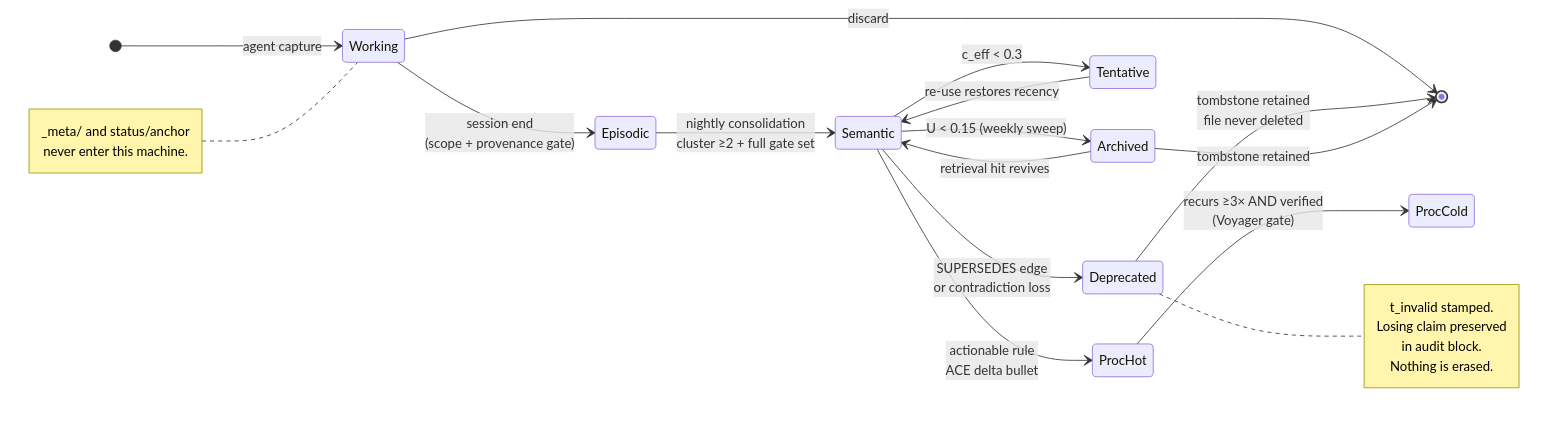
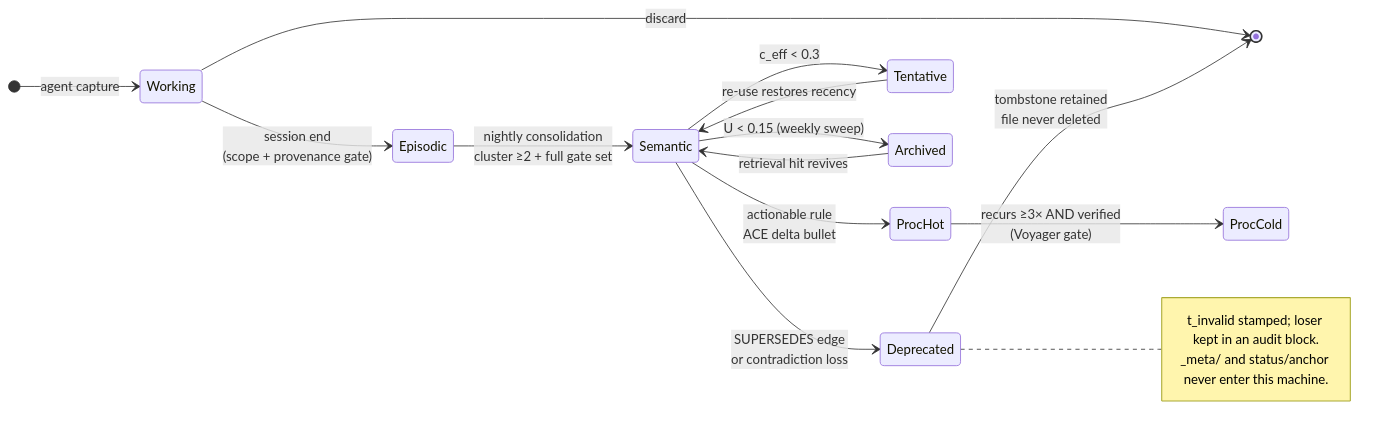
Before and after one commit to zautke/team-kb: the second of 3 diagrams in docs/whitepapers/02-memory-model.md, drawn with Mermaid. The commit also changed other lines of this file and 2 other files, not shown here.

````diff
--- a/docs/whitepapers/02-memory-model.md
+++ b/docs/whitepapers/02-memory-model.md
@@ -377,27 +327,20 @@
 ```mermaid
 stateDiagram-v2
     direction LR
     [*] --> Working: agent capture
     Working --> Episodic: session end<br/>(scope + provenance gate)
     Working --> [*]: discard
     Episodic --> Semantic: nightly consolidation<br/>cluster ≥2 + full gate set
     Semantic --> ProcHot: actionable rule<br/>ACE delta bullet
     ProcHot --> ProcCold: recurs ≥3× AND verified<br/>(Voyager gate)
     Semantic --> Tentative: c_eff < 0.3
     Tentative --> Semantic: re-use restores recency
     Semantic --> Archived: U < 0.15 (weekly sweep)
     Archived --> Semantic: retrieval hit revives
     Semantic --> Deprecated: SUPERSEDES edge<br/>or contradiction loss
     Deprecated --> [*]: tombstone retained<br/>file never deleted
-    Archived --> [*]: tombstone retained
     note right of Deprecated
-        t_invalid stamped.
-        Losing claim preserved
-        in audit block.
-        Nothing is erased.
-    end note
-    note left of Working
-        _meta/ and status/anchor
-        never enter this machine.
+        t_invalid stamped; loser kept in an audit block.
+        _meta/ and status/anchor never enter this machine.
     end note
 ```
````
